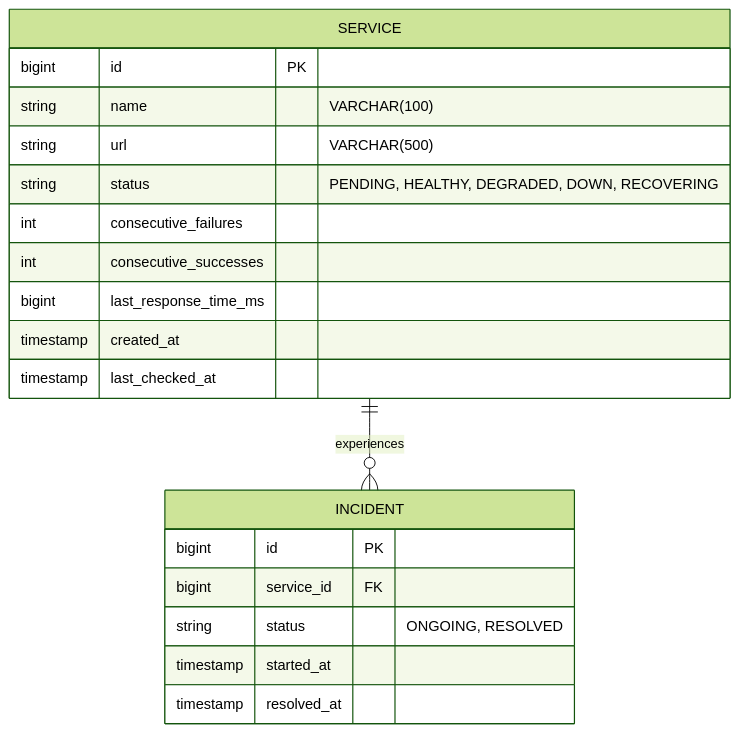
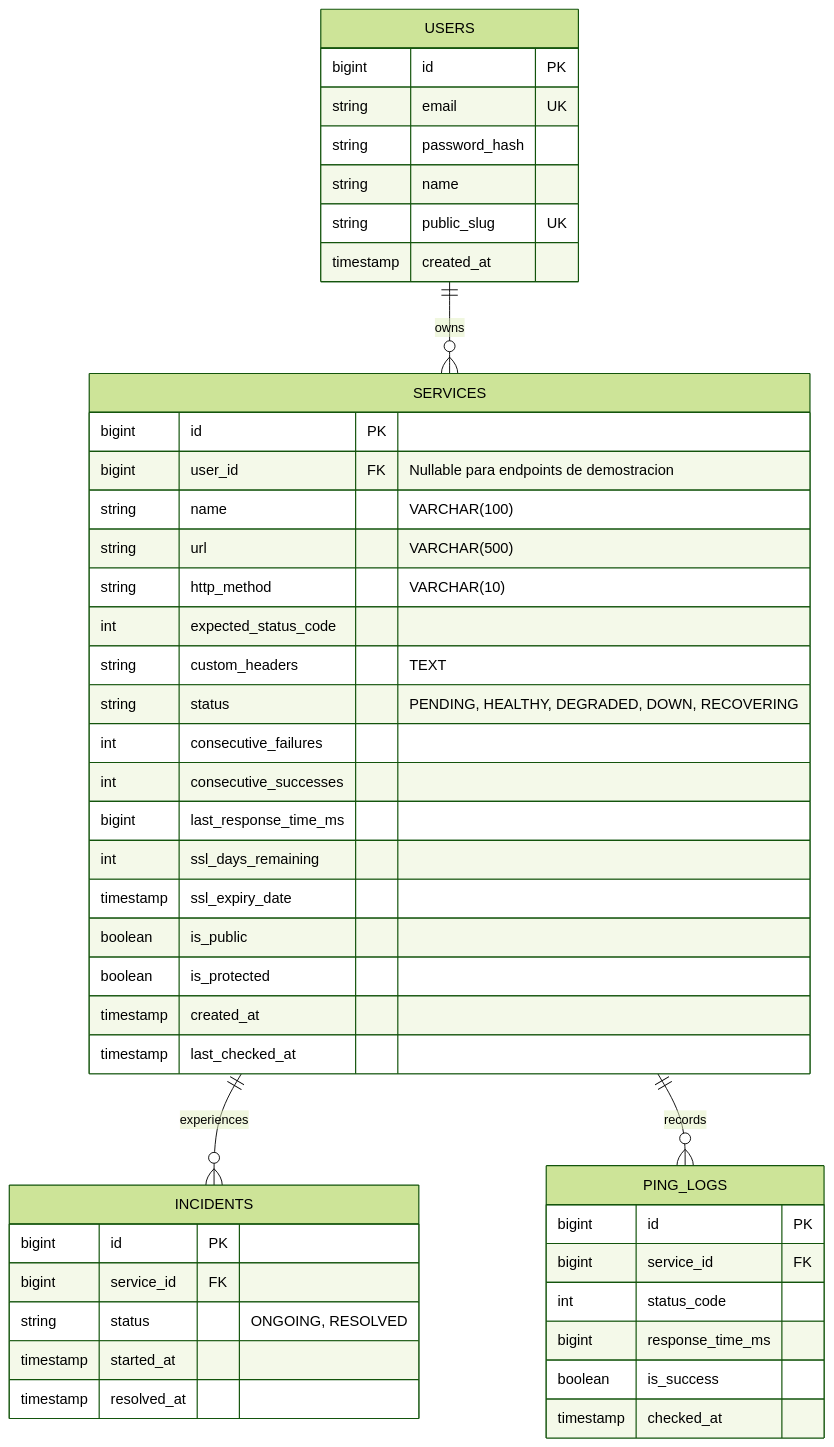
One commit to Marcosdaag/deploy-ops changed the first of 2 diagrams in docs/DOMAIN_AND_RULES.md. Above: the diagram before and after it, drawn with Mermaid (forest theme). The commit also changed other lines of this file and 4 other files, not shown here.

````diff
--- a/docs/DOMAIN_AND_RULES.md
+++ b/docs/DOMAIN_AND_RULES.md
@@ -12,24 +11,52 @@
 ```mermaid
 erDiagram
-    SERVICE ||--o{ INCIDENT : experiences
+    USERS ||--o{ SERVICES : owns
+    SERVICES ||--o{ INCIDENTS : experiences
+    SERVICES ||--o{ PING_LOGS : records
 
-    SERVICE {
+    USERS {
         bigint id PK
+        string email UK
+        string password_hash
+        string name
+        string public_slug UK
+        timestamp created_at
+    }
+
+    SERVICES {
+        bigint id PK
+        bigint user_id FK "Nullable para endpoints de demostracion"
         string name "VARCHAR(100)"
         string url "VARCHAR(500)"
+        string http_method "VARCHAR(10)"
+        int expected_status_code
+        string custom_headers "TEXT"
         string status "PENDING, HEALTHY, DEGRADED, DOWN, RECOVERING"
         int consecutive_failures
         int consecutive_successes
         bigint last_response_time_ms
+        int ssl_days_remaining
+        timestamp ssl_expiry_date
+        boolean is_public
+        boolean is_protected
         timestamp created_at
         timestamp last_checked_at
     }
 
-    INCIDENT {
+    INCIDENTS {
         bigint id PK
         bigint service_id FK
         string status "ONGOING, RESOLVED"
         timestamp started_at
         timestamp resolved_at
     }
+
+    PING_LOGS {
+        bigint id PK
+        bigint service_id FK
+        int status_code
+        bigint response_time_ms
+        boolean is_success
+        timestamp checked_at
+    }
 ```
````
